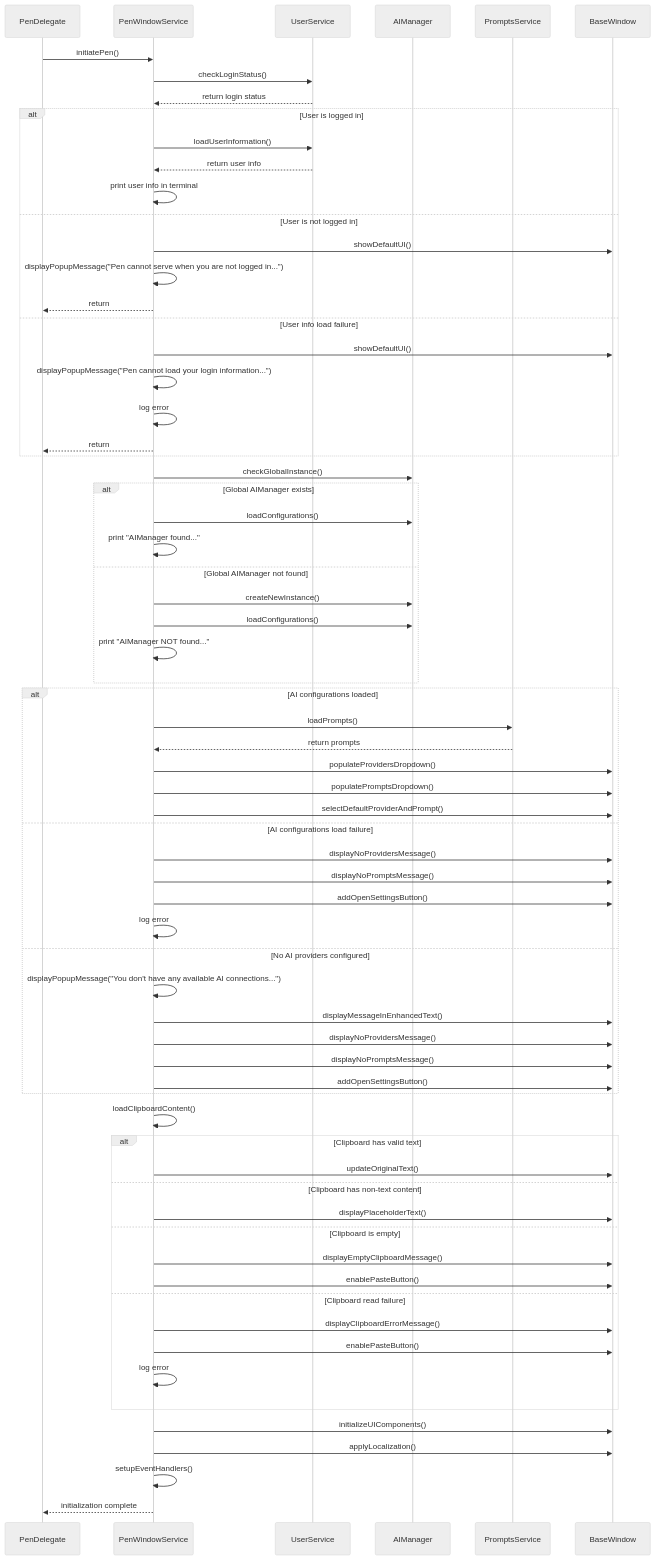
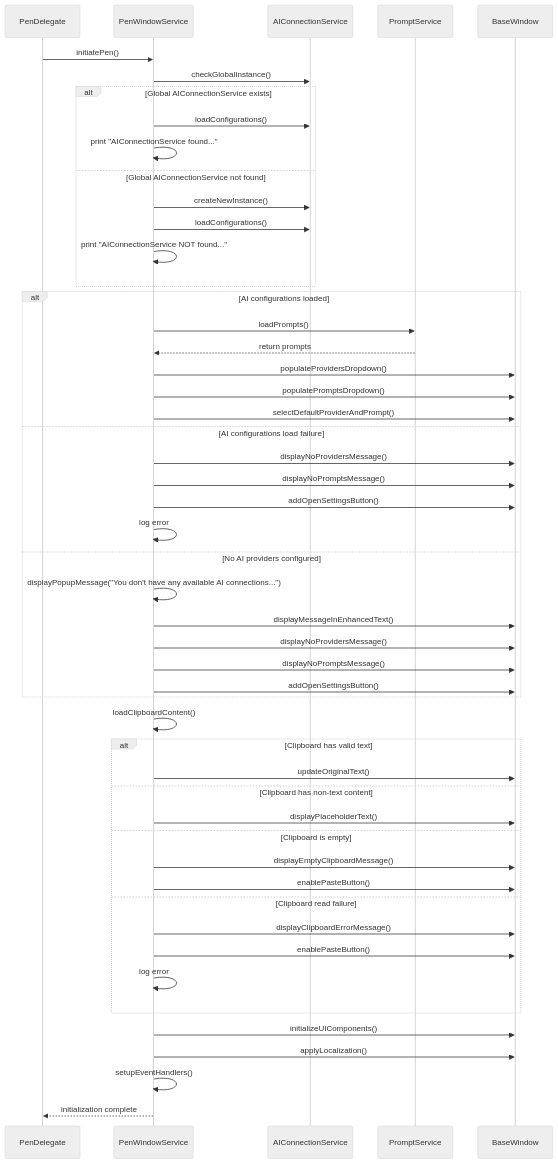
Before and after one commit to ethanhuangcst/pen.lite: the fourth of 4 diagrams in Docs/Pen-Window/design-pen-window-service.md, drawn with Mermaid (neutral theme). The commit also changed other lines of this file and 19 other files, not shown here.

First line of the commit message:
docs: update remaining documentation for offline-first architecture

```diff
--- a/Docs/Pen-Window/design-pen-window-service.md
+++ b/Docs/Pen-Window/design-pen-window-service.md
@@ -233,41 +232,21 @@
 sequenceDiagram
     participant PD as PenDelegate
     participant PWS as PenWindowService
-    participant US as UserService
-    participant AM as AIManager
-    participant PS as PromptsService
+    participant AM as AIConnectionService
+    participant PS as PromptService
     participant BW as BaseWindow
     
     PD->>PWS: initiatePen()
     
-    %% Load User Information
-    PWS->>US: checkLoginStatus()
-    US-->>PWS: return login status
-    
-    alt User is logged in
-        PWS->>US: loadUserInformation()
-        US-->>PWS: return user info
-        PWS->>PWS: print user info in terminal
-    else User is not logged in
-        PWS->>BW: showDefaultUI()
-        PWS->>PWS: displayPopupMessage("Pen cannot serve when you are not logged in...")
-        PWS-->>PD: return
-    else User info load failure
-        PWS->>BW: showDefaultUI()
-        PWS->>PWS: displayPopupMessage("Pen cannot load your login information...")
-        PWS->>PWS: log error
-        PWS-->>PD: return
-    end
-    
     %% Load AI Configurations
     PWS->>AM: checkGlobalInstance()
-    alt Global AIManager exists
+    alt Global AIConnectionService exists
         PWS->>AM: loadConfigurations()
-        PWS->>PWS: print "AIManager found..."
-    else Global AIManager not found
+        PWS->>PWS: print "AIConnectionService found..."
+    else Global AIConnectionService not found
         PWS->>AM: createNewInstance()
         PWS->>AM: loadConfigurations()
-        PWS->>PWS: print "AIManager NOT found..."
+        PWS->>PWS: print "AIConnectionService NOT found..."
     end
     
     alt AI configurations loaded
```
